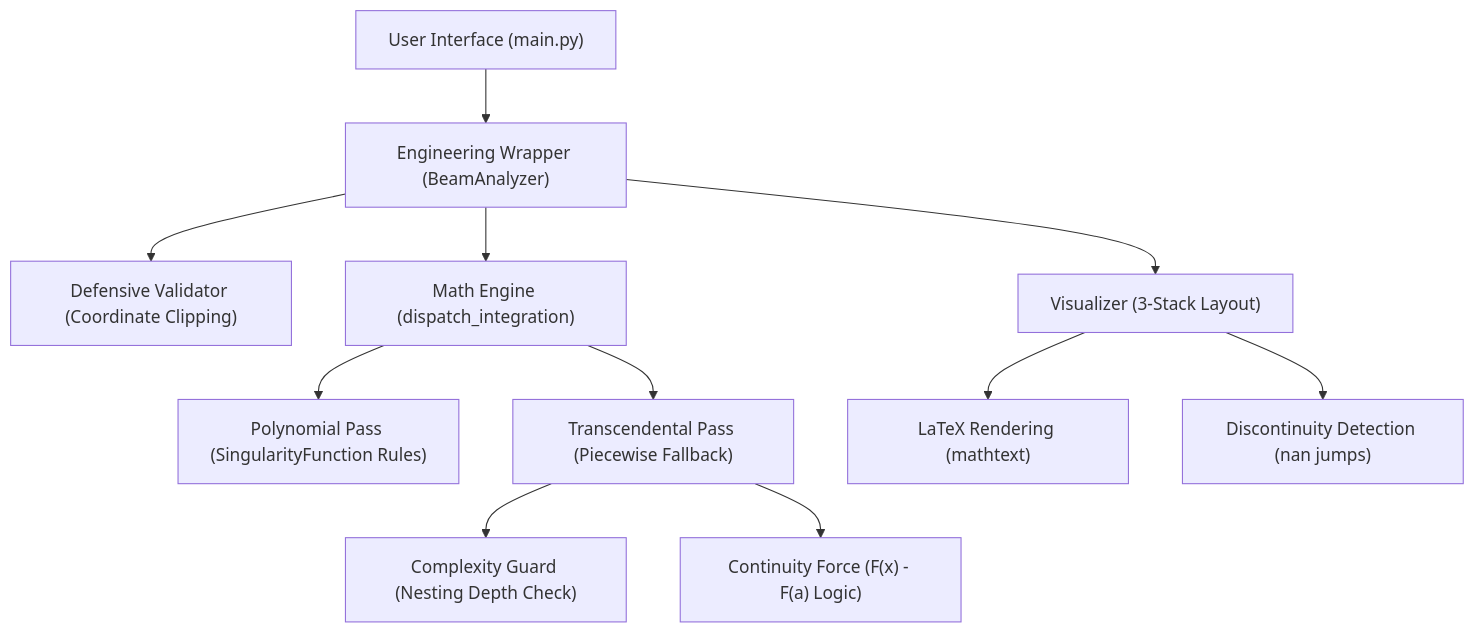
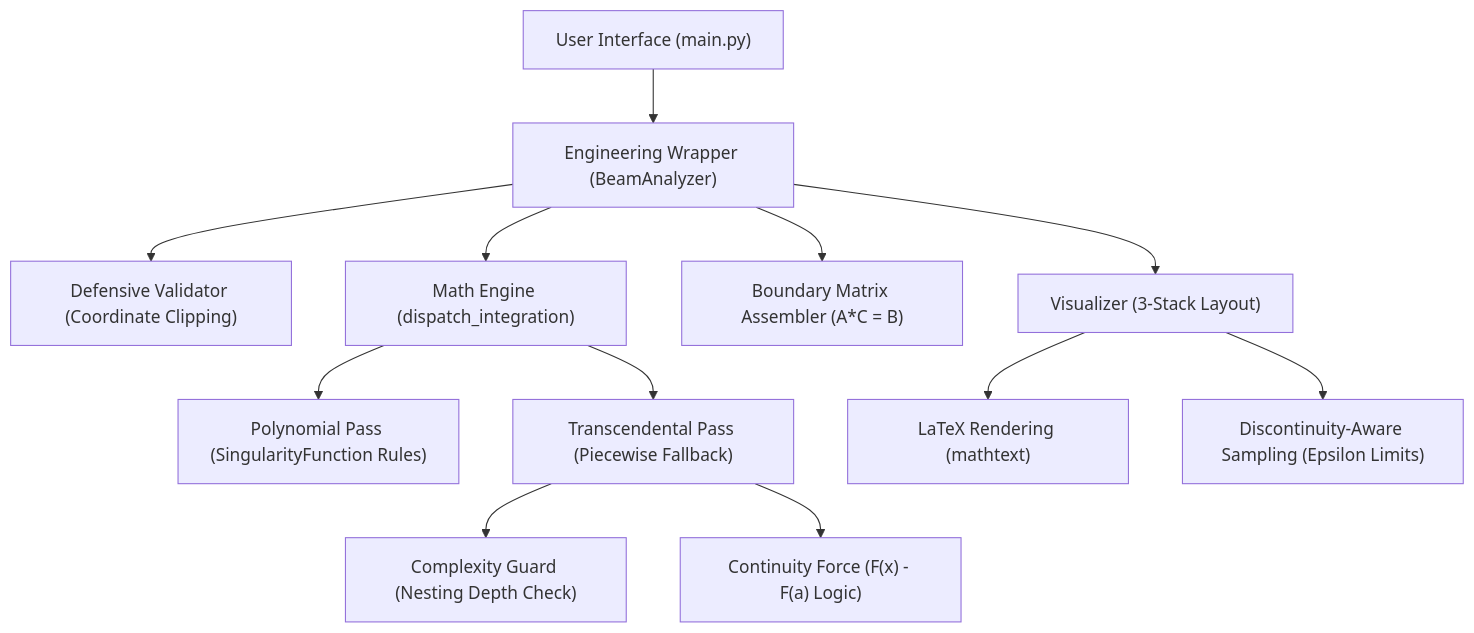
Before and after one commit to Chidroopakanaparthy/Beam-Demo: the diagram in README.md, drawn with Mermaid. The commit also changed other lines of this file, not shown here.

Commit message:
docs: update architecture diagram and features to reflect recent visualization and matrix refactoring

````diff
--- a/README.md
+++ b/README.md
@@ -13,16 +13,17 @@
 ```mermaid
 graph TD
     User["User Interface (main.py)"] --> Wrapper["Engineering Wrapper (BeamAnalyzer)"]
     Wrapper --> Val["Defensive Validator (Coordinate Clipping)"]
     Wrapper --> Engine["Math Engine (dispatch_integration)"]
     
     Engine --> SF["Polynomial Pass (SingularityFunction Rules)"]
     Engine --> PW["Transcendental Pass (Piecewise Fallback)"]
     
     PW --> CG["Complexity Guard (Nesting Depth Check)"]
     PW --> FC["Continuity Force (F(x) - F(a) Logic)"]
     
+    Wrapper --> Matrix["Boundary Matrix Assembler (A*C = B)"]
     Wrapper --> Viz["Visualizer (3-Stack Layout)"]
     Viz --> LaTeX["LaTeX Rendering (mathtext)"]
-    Viz --> Disc["Discontinuity Detection (nan jumps)"]
+    Viz --> Disc["Discontinuity-Aware Sampling (Epsilon Limits)"]
 ```
````
